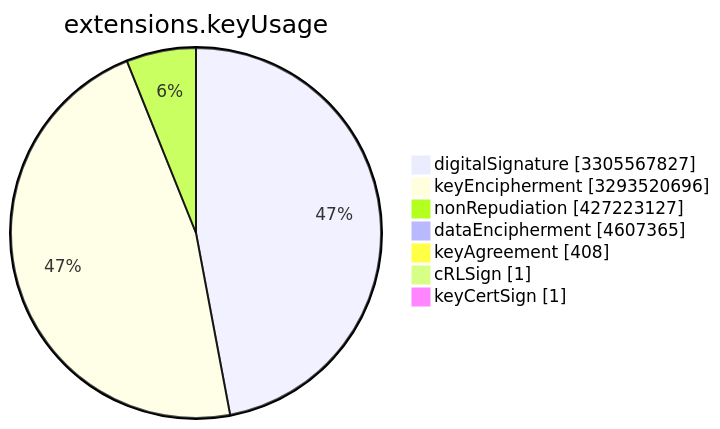
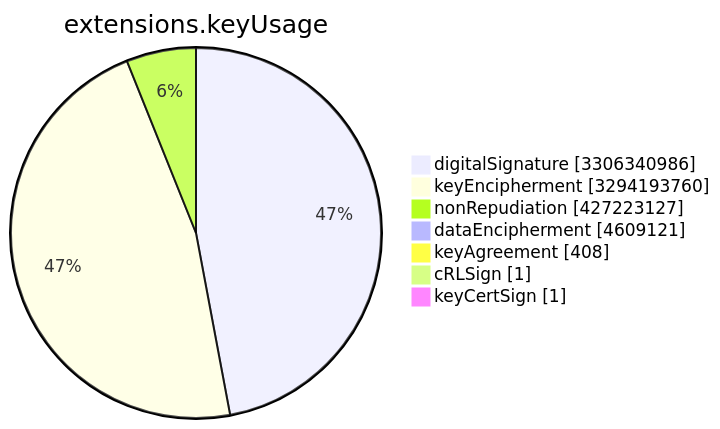
One commit to christiankrug/ctmonitor_visualization changed the sixth of 15 diagrams in TOTAL/README.md. Above: the diagram before and after it, drawn with Mermaid. The commit also changed other lines of this file, not shown here.

````diff
--- a/TOTAL/README.md
+++ b/TOTAL/README.md
@@ -3078,11 +3078,11 @@
 ```mermaid
 pie showData
 title extensions.keyUsage
-"digitalSignature" :3305567827
-"keyEncipherment" :3293520696
+"digitalSignature" :3306340986
+"keyEncipherment" :3294193760
 "nonRepudiation" :427223127
-"dataEncipherment" :4607365
+"dataEncipherment" :4609121
 "keyAgreement" :408
 "cRLSign" :1
 "keyCertSign" :1
 ```
````
